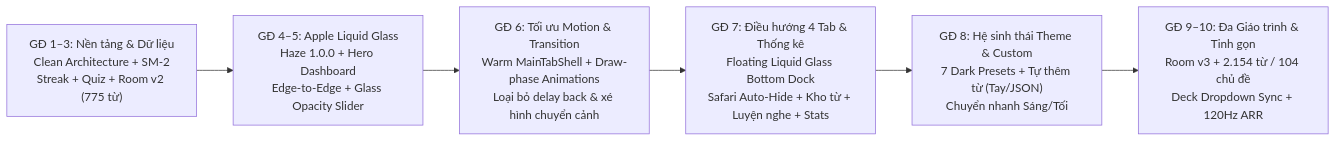
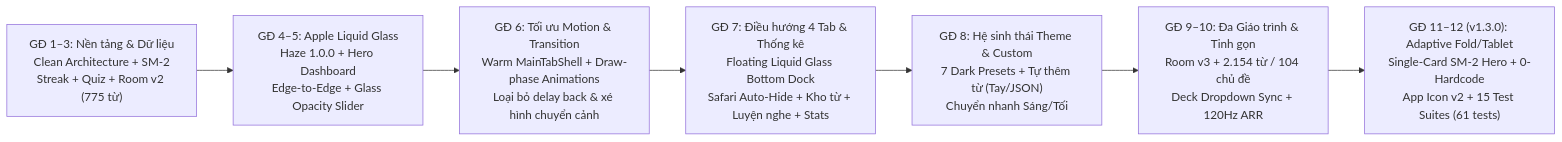
The first of 11 diagrams in PROJECT_REPORT.md (NgocTanHoang/Toeic_Flashcard_Android), drawn with Mermaid before and after one commit. The commit also changed other lines of this file and 3 other files, not shown here.

Commit message:
docs(test): add system & 11-device adaptive UI tests, technical documentation, and v1.3.0 README

````diff
--- a/PROJECT_REPORT.md
+++ b/PROJECT_REPORT.md
@@ -22,8 +22,9 @@
 ```mermaid
 flowchart LR
     S1["GĐ 1–3: Nền tảng & Dữ liệu\nClean Architecture + SM-2\nStreak + Quiz + Room v2 (775 từ)"] --> S2["GĐ 4–5: Apple Liquid Glass\nHaze 1.0.0 + Hero Dashboard\nEdge-to-Edge + Glass Opacity Slider"]
     S2 --> S3["GĐ 6: Tối ưu Motion & Transition\nWarm MainTabShell + Draw-phase Animations\nLoại bỏ delay back & xé hình chuyển cảnh"]
     S3 --> S4["GĐ 7: Điều hướng 4 Tab & Thống kê\nFloating Liquid Glass Bottom Dock\nSafari Auto-Hide + Kho từ + Luyện nghe + Stats"]
     S4 --> S5["GĐ 8: Hệ sinh thái Theme & Custom\n7 Dark Presets + Tự thêm từ (Tay/JSON)\nChuyển nhanh Sáng/Tối"]
     S5 --> S6["GĐ 9–10: Đa Giáo trình & Tinh gọn\nRoom v3 + 2.154 từ / 104 chủ đề\nDeck Dropdown Sync + 120Hz ARR"]
+    S6 --> S7["GĐ 11–12 (v1.3.0): Adaptive Fold/Tablet\nSingle-Card SM-2 Hero + 0-Hardcode\nApp Icon v2 + 15 Test Suites (61 tests)"]
 ```
````
